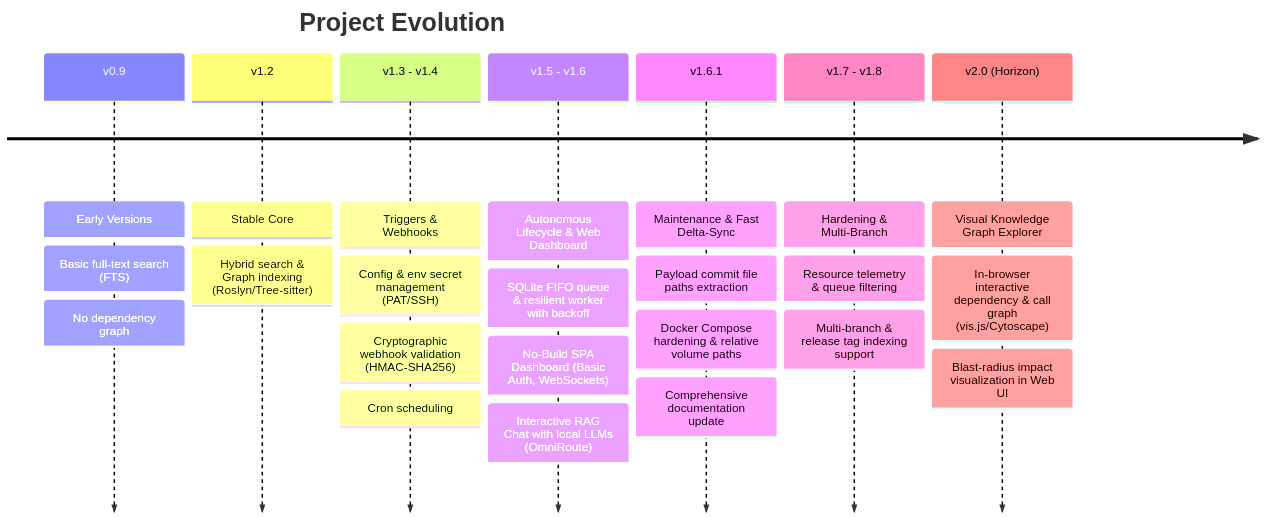
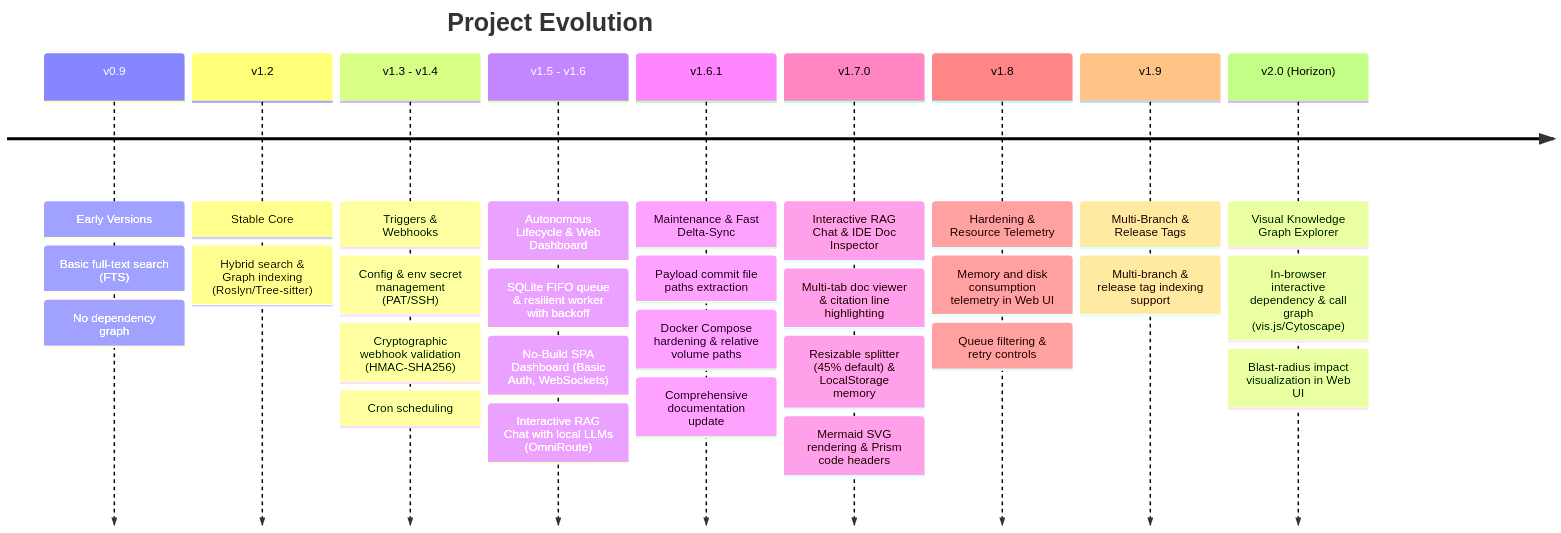
The diagram in docs/roadmap_autonomous_sync.md (PaulTheSecond/knowledgebase-mcp), drawn with Mermaid before and after one commit. The commit also changed other lines of this file and 4 other files, not shown here.

````diff
--- a/docs/roadmap_autonomous_sync.md
+++ b/docs/roadmap_autonomous_sync.md
@@ -11,27 +21,65 @@
 ```mermaid
+
 timeline
+
     title Project Evolution
+
     v0.9 : Early Versions
+
          : Basic full-text search (FTS)
+
          : No dependency graph
+
     v1.2 : Stable Core
+
          : Hybrid search & Graph indexing (Roslyn/Tree-sitter)
+
     v1.3 - v1.4 : Triggers & Webhooks
+
          : Config & env secret management (PAT/SSH)
+
          : Cryptographic webhook validation (HMAC-SHA256)
+
          : Cron scheduling
+
     v1.5 - v1.6 : Autonomous Lifecycle & Web Dashboard
+
          : SQLite FIFO queue & resilient worker with backoff
+
          : No-Build SPA Dashboard (Basic Auth, WebSockets)
+
          : Interactive RAG Chat with local LLMs (OmniRoute)
+
     v1.6.1 : Maintenance & Fast Delta-Sync
+
          : Payload commit file paths extraction
+
          : Docker Compose hardening & relative volume paths
+
          : Comprehensive documentation update
-    v1.7 - v1.8 : Hardening & Multi-Branch
-         : Resource telemetry & queue filtering
+
+    v1.7.0 : Interactive RAG Chat & IDE Doc Inspector
+
+         : Multi-tab doc viewer & citation line highlighting
+
+         : Resizable splitter (45% default) & LocalStorage memory
+
+         : Mermaid SVG rendering & Prism code headers
+
+    v1.8 : Hardening & Resource Telemetry
+
+         : Memory and disk consumption telemetry in Web UI
+
+         : Queue filtering & retry controls
+
+    v1.9 : Multi-Branch & Release Tags
+
          : Multi-branch & release tag indexing support
+
     v2.0 (Horizon) : Visual Knowledge Graph Explorer
+
          : In-browser interactive dependency & call graph (vis.js/Cytoscape)
+
          : Blast-radius impact visualization in Web UI
+
 ```
````
